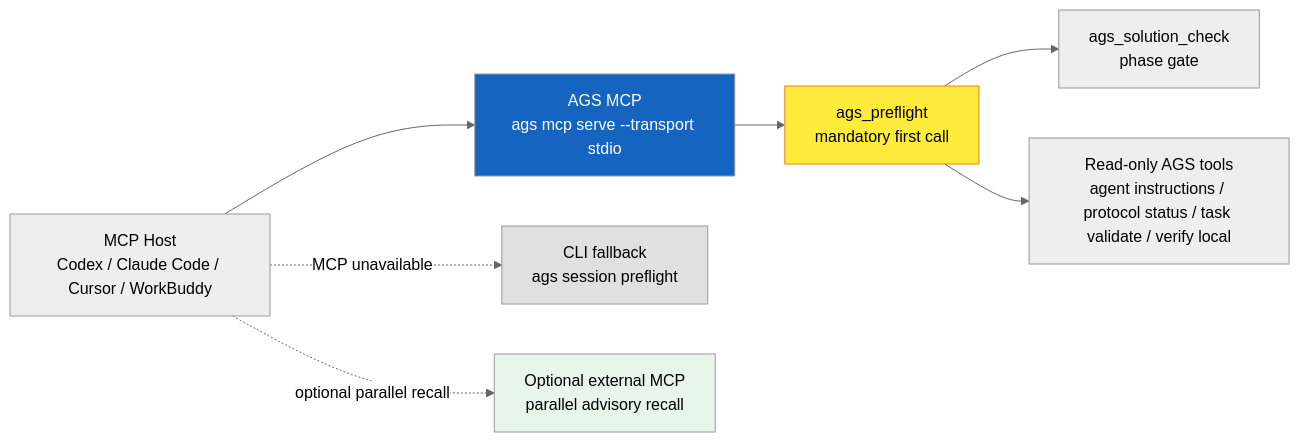
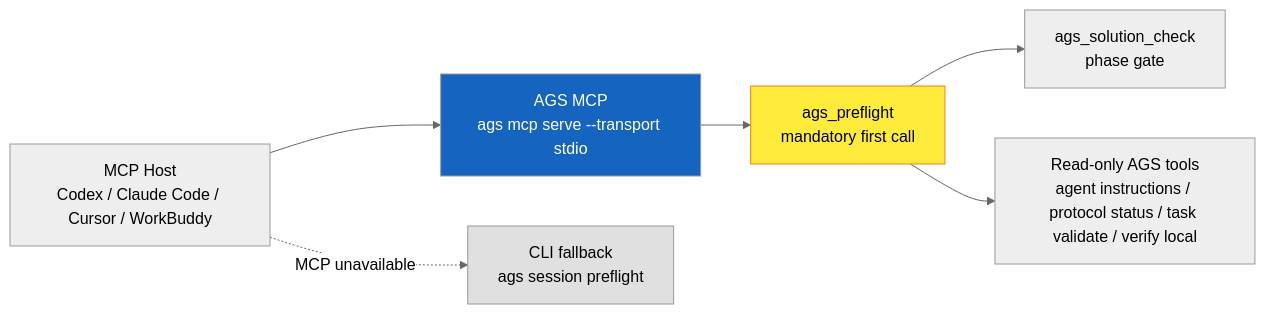
The third of 5 diagrams in docs/architecture.md (FernandeZ-hjm/Agent-General-Staff), drawn with Mermaid (neutral theme) before and after one commit. The commit also changed 119 other files, not shown here.

First line of the commit message:
release: AGS 2.7.0 — kernel architecture, GPL-3.0-only, GitHub community files

````diff
--- a/docs/architecture.md
+++ b/docs/architecture.md
@@ -143,22 +143,19 @@
 ```mermaid
 flowchart LR
     HOST[MCP Host<br/>Codex / Claude Code / Cursor / WorkBuddy]
     AGSMCP[AGS MCP<br/>ags mcp serve --transport stdio]
     PREFLIGHT[ags_preflight<br/>mandatory first call]
     PHASE[ags_solution_check<br/>phase gate]
     TOOLS[Read-only AGS tools<br/>agent instructions / protocol status / task validate / verify local]
     CLI[CLI fallback<br/>ags session preflight]
-    EXT[Optional external MCP<br/>parallel advisory recall]
 
     HOST --> AGSMCP
     AGSMCP --> PREFLIGHT
     PREFLIGHT --> PHASE
     PREFLIGHT --> TOOLS
     HOST -. MCP unavailable .-> CLI
-    HOST -. optional parallel recall .-> EXT
 
     style AGSMCP fill:#1565c0,color:#fff
     style PREFLIGHT fill:#ffeb3b,stroke:#f57f17
     style CLI fill:#e0e0e0
-    style EXT fill:#e8f5e9
 ```
````
